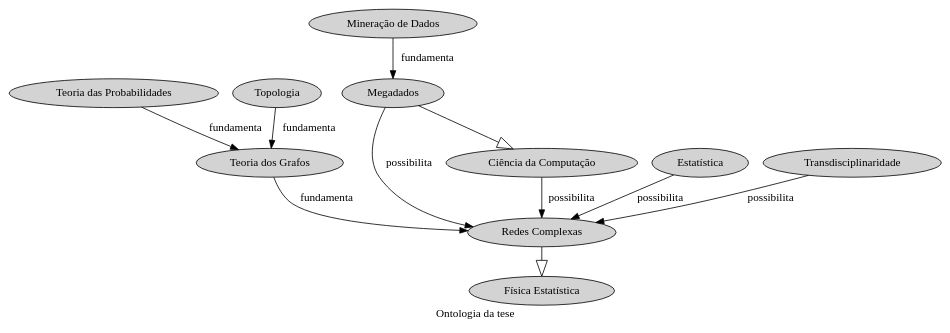
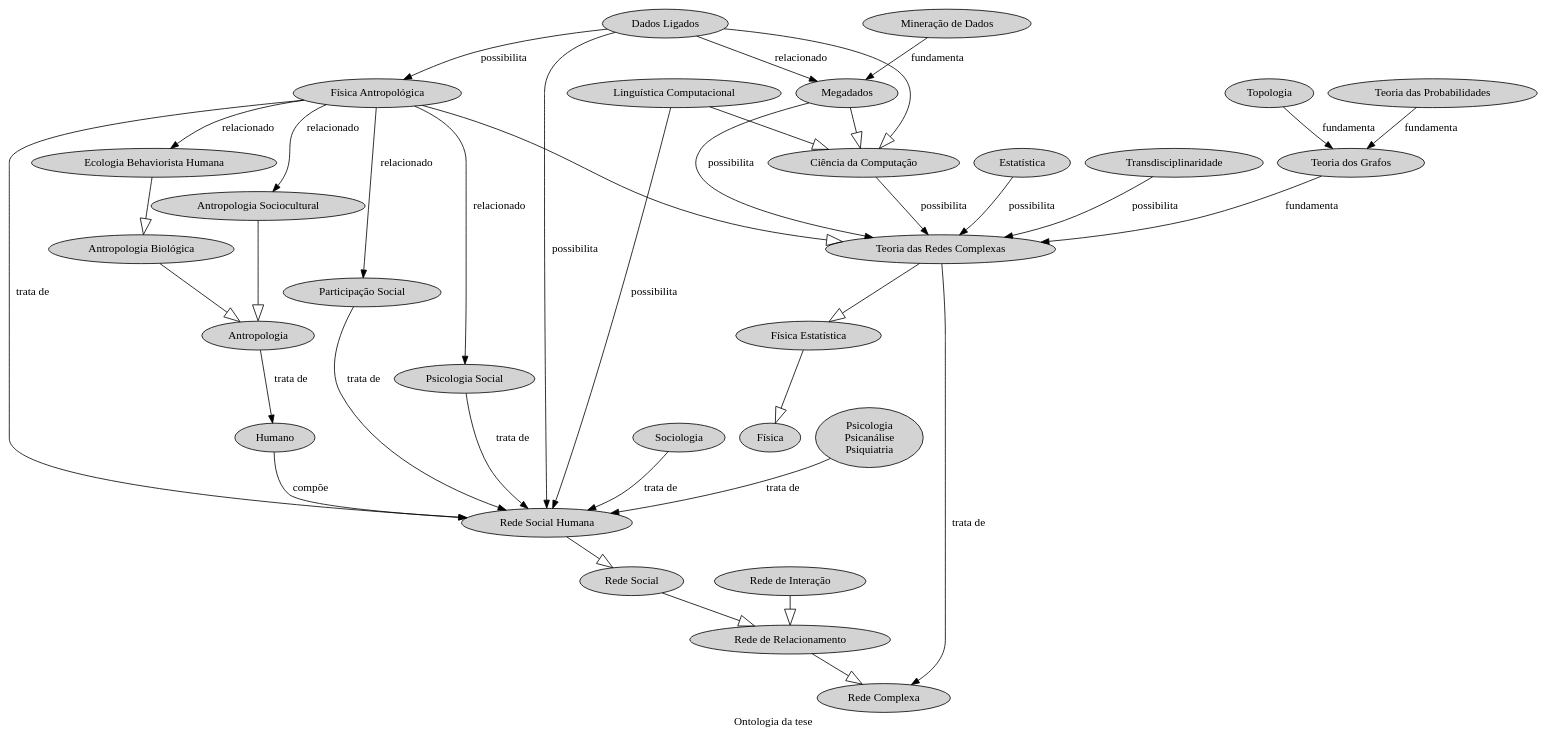
The diagram in dot/ot.dot (ttm/OT), drawn with Graphviz before and after one commit. The commit also changed 3 other files, not shown here.

```diff
--- a/dot/ot.dot
+++ b/dot/ot.dot
@@ -1,25 +1,85 @@
 digraph  {
 	graph [label="Ontologia da tese"];
+	Física	 [style=filled];
 	"Física Estatística"	 [style=filled];
-	"Redes Complexas"	 [style=filled];
-	"Redes Complexas" -> "Física Estatística"	 [arrowhead=empty,
+	"Física Estatística" -> Física	 [arrowhead=empty,
 		arrowsize=2];
+	"Teoria das Redes Complexas"	 [style=filled];
+	"Teoria das Redes Complexas" -> "Física Estatística"	 [arrowhead=empty,
+		arrowsize=2];
+	"Rede Complexa"	 [style=filled];
+	"Teoria das Redes Complexas" -> "Rede Complexa"	 [label="trata de"];
 	"Teoria dos Grafos"	 [style=filled];
-	"Teoria dos Grafos" -> "Redes Complexas"	 [label=fundamenta];
+	"Teoria dos Grafos" -> "Teoria das Redes Complexas"	 [label=fundamenta];
 	"Teoria das Probabilidades"	 [style=filled];
 	"Teoria das Probabilidades" -> "Teoria dos Grafos"	 [label=fundamenta];
 	Topologia	 [style=filled];
 	Topologia -> "Teoria dos Grafos"	 [label=fundamenta];
 	Megadados	 [style=filled];
-	Megadados -> "Redes Complexas"	 [label=possibilita];
+	Megadados -> "Teoria das Redes Complexas"	 [label=possibilita];
 	"Ciência da Computação"	 [style=filled];
 	Megadados -> "Ciência da Computação"	 [arrowhead=empty,
 		arrowsize=2];
 	Estatística	 [style=filled];
-	Estatística -> "Redes Complexas"	 [label=possibilita];
-	"Ciência da Computação" -> "Redes Complexas"	 [label=possibilita];
+	Estatística -> "Teoria das Redes Complexas"	 [label=possibilita];
+	"Ciência da Computação" -> "Teoria das Redes Complexas"	 [label=possibilita];
 	"Mineração de Dados"	 [style=filled];
 	"Mineração de Dados" -> Megadados	 [label=fundamenta];
 	Transdisciplinaridade	 [style=filled];
-	Transdisciplinaridade -> "Redes Complexas"	 [label=possibilita];
+	Transdisciplinaridade -> "Teoria das Redes Complexas"	 [label=possibilita];
+	"Rede de Relacionamento"	 [style=filled];
+	"Rede de Relacionamento" -> "Rede Complexa"	 [arrowhead=empty,
+		arrowsize=2];
+	"Rede de Interação"	 [style=filled];
+	"Rede de Interação" -> "Rede de Relacionamento"	 [arrowhead=empty,
+		arrowsize=2];
+	"Rede Social"	 [style=filled];
+	"Rede Social" -> "Rede de Relacionamento"	 [arrowhead=empty,
+		arrowsize=2];
+	"Rede Social Humana"	 [style=filled];
+	"Rede Social Humana" -> "Rede Social"	 [arrowhead=empty,
+		arrowsize=2];
+	Antropologia	 [style=filled];
+	Humano	 [style=filled];
+	Antropologia -> Humano	 [label="trata de"];
+	"Antropologia Biológica"	 [style=filled];
+	"Antropologia Biológica" -> Antropologia	 [arrowhead=empty,
+		arrowsize=2];
+	"Ecologia Behaviorista Humana"	 [style=filled];
+	"Ecologia Behaviorista Humana" -> "Antropologia Biológica"	 [arrowhead=empty,
+		arrowsize=2];
+	"Antropologia Sociocultural"	 [style=filled];
+	"Antropologia Sociocultural" -> Antropologia	 [arrowhead=empty,
+		arrowsize=2];
+	Humano -> "Rede Social Humana"	 [label=compõe];
+	"Física Antropológica"	 [style=filled];
+	"Física Antropológica" -> "Teoria das Redes Complexas"	 [arrowhead=empty,
+		arrowsize=2];
+	"Física Antropológica" -> "Rede Social Humana"	 [label="trata de"];
+	"Física Antropológica" -> "Ecologia Behaviorista Humana"	 [label=relacionado];
+	"Física Antropológica" -> "Antropologia Sociocultural"	 [label=relacionado];
+	"Participação Social"	 [style=filled];
+	"Física Antropológica" -> "Participação Social"	 [label=relacionado];
+	"Psicologia Social"	 [style=filled];
+	"Física Antropológica" -> "Psicologia Social"	 [label=relacionado];
+	Sociologia	 [style=filled];
+	Sociologia -> "Rede Social Humana"	 [label="trata de"];
+	"Participação Social" -> "Rede Social Humana"	 [label="trata de"];
+	"Psicologia Social" -> "Rede Social Humana"	 [label="trata de"];
+	"Psicologia
+Psicanálise
+Psiquiatria"	 [style=filled];
+	"Psicologia
+Psicanálise
+Psiquiatria" -> "Rede Social Humana"	 [label="trata de"];
+	"Dados Ligados"	 [style=filled];
+	"Dados Ligados" -> Megadados	 [label=relacionado];
+	"Dados Ligados" -> "Ciência da Computação"	 [arrowhead=empty,
+		arrowsize=2];
+	"Dados Ligados" -> "Rede Social Humana"	 [label=possibilita];
+	"Dados Ligados" -> "Física Antropológica"	 [label=possibilita];
+	"Linguística Computacional"	 [style=filled];
+	"Linguística Computacional" -> "Ciência da Computação"	 [arrowhead=empty,
+		arrowsize=2];
+	"Linguística Computacional" -> "Rede Social Humana"	 [label=possibilita];
 }
```
